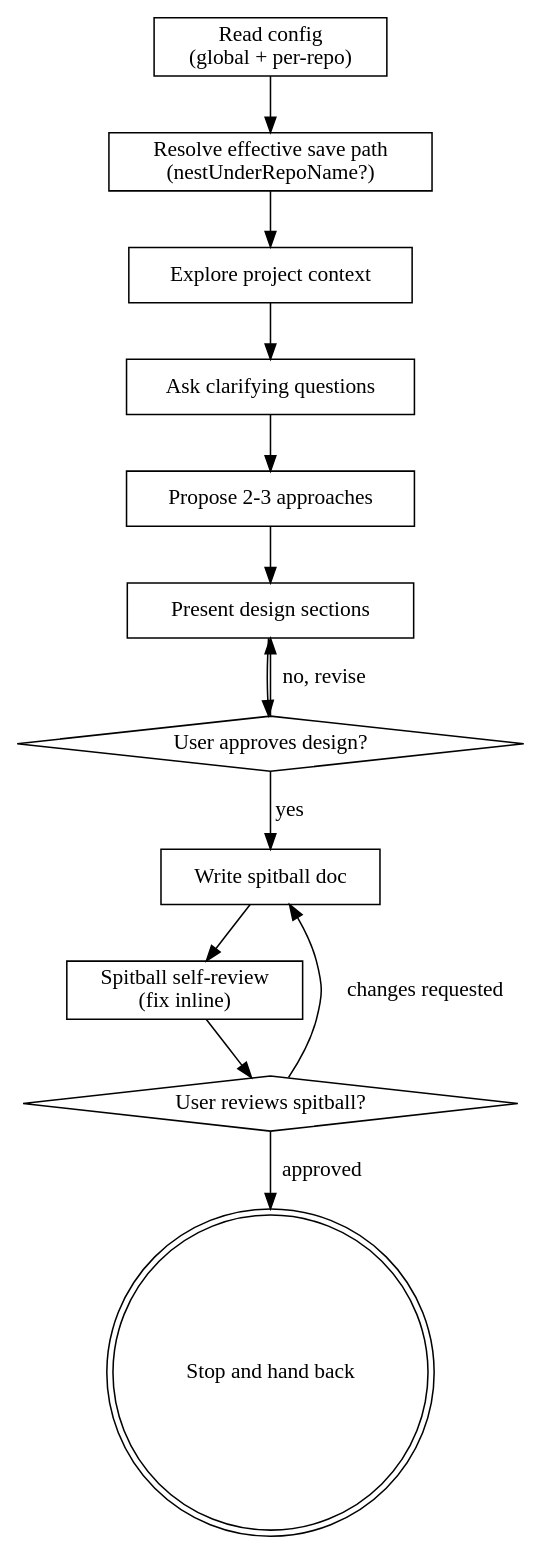
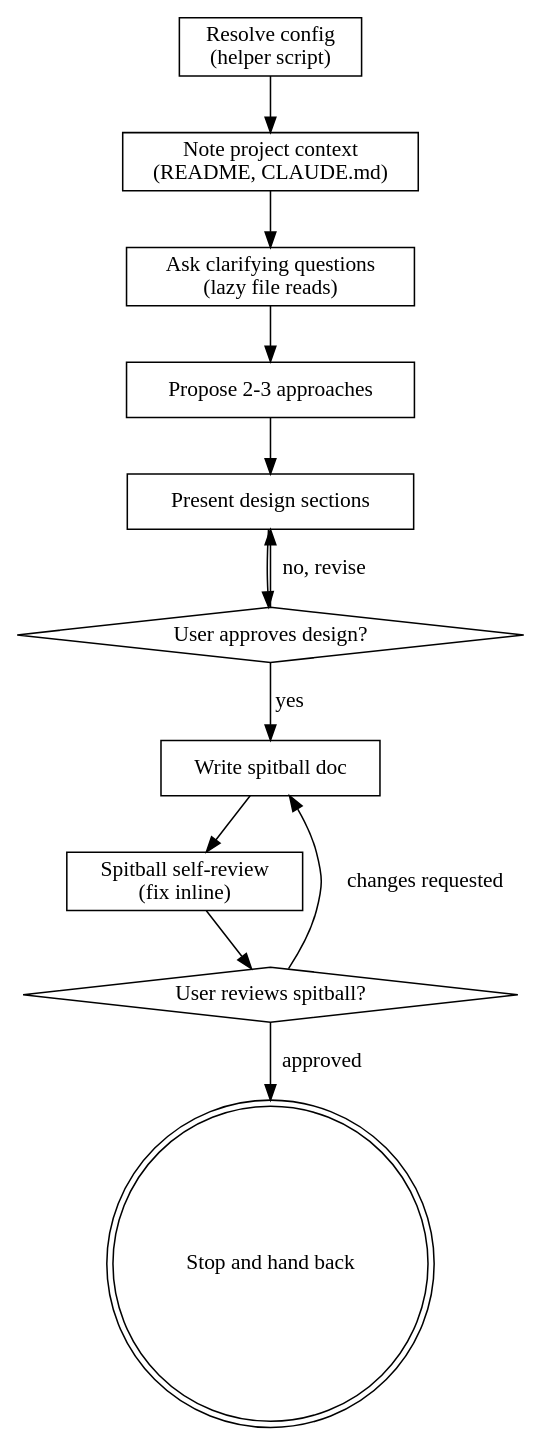
One commit to robmt/claude-tools changed the diagram in plugins/spitball/skills/spitball/SKILL.md. Above: the diagram before and after it, drawn with Graphviz. The commit also changed other lines of this file and 10 other files, not shown here.

First line of the commit message:
Speed up skill init with config helper script and lazy file reads

````diff
--- a/plugins/spitball/skills/spitball/SKILL.md
+++ b/plugins/spitball/skills/spitball/SKILL.md
@@ -37,28 +36,26 @@
 ```dot
 digraph spitball {
-    "Read config\n(global + per-repo)" [shape=box];
-    "Resolve effective save path\n(nestUnderRepoName?)" [shape=box];
-    "Explore project context" [shape=box];
-    "Ask clarifying questions" [shape=box];
+    "Resolve config\n(helper script)" [shape=box];
+    "Note project context\n(README, CLAUDE.md)" [shape=box];
+    "Ask clarifying questions\n(lazy file reads)" [shape=box];
     "Propose 2-3 approaches" [shape=box];
     "Present design sections" [shape=box];
     "User approves design?" [shape=diamond];
     "Write spitball doc" [shape=box];
     "Spitball self-review\n(fix inline)" [shape=box];
     "User reviews spitball?" [shape=diamond];
     "Stop and hand back" [shape=doublecircle];
 
-    "Read config\n(global + per-repo)" -> "Resolve effective save path\n(nestUnderRepoName?)";
-    "Resolve effective save path\n(nestUnderRepoName?)" -> "Explore project context";
-    "Explore project context" -> "Ask clarifying questions";
-    "Ask clarifying questions" -> "Propose 2-3 approaches";
+    "Resolve config\n(helper script)" -> "Note project context\n(README, CLAUDE.md)";
+    "Note project context\n(README, CLAUDE.md)" -> "Ask clarifying questions\n(lazy file reads)";
+    "Ask clarifying questions\n(lazy file reads)" -> "Propose 2-3 approaches";
     "Propose 2-3 approaches" -> "Present design sections";
     "Present design sections" -> "User approves design?";
     "User approves design?" -> "Present design sections" [label="no, revise"];
     "User approves design?" -> "Write spitball doc" [label="yes"];
     "Write spitball doc" -> "Spitball self-review\n(fix inline)";
     "Spitball self-review\n(fix inline)" -> "User reviews spitball?";
     "User reviews spitball?" -> "Write spitball doc" [label="changes requested"];
     "User reviews spitball?" -> "Stop and hand back" [label="approved"];
 }
 ```
````
